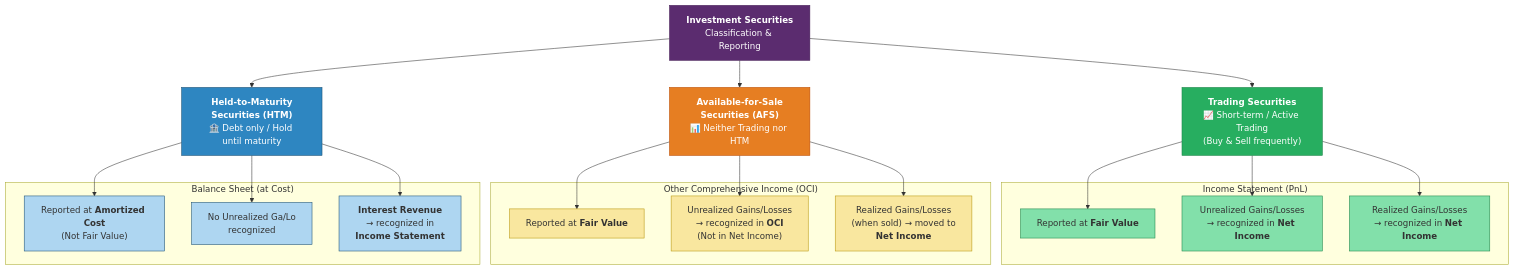
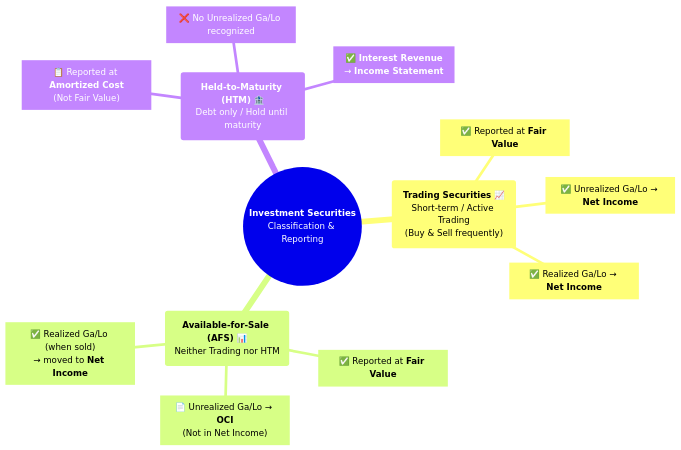
One commit to AhmedRefaat/MBA_2026 changed the second of 2 diagrams in Semester-1/Accounting for Managers Course/Lec-4.md. Above: the diagram before and after it, drawn with Mermaid.

Commit message:
update graph for Securities investments in Lec-4

````diff
--- a/Semester-1/Accounting for Managers Course/Lec-4.md
+++ b/Semester-1/Accounting for Managers Course/Lec-4.md
@@ -262,59 +262,16 @@
 ```mermaid
-graph TB
-    IS["<b>Investment Securities</b><br>Classification & Reporting"]
-
-    TS["<b>Trading Securities</b><br>📈 Short-term / Active Trading<br>(Buy & Sell frequently)"]
-    AFS["<b>Available-for-Sale<br>Securities (AFS)</b><br>📊 Neither Trading nor HTM"]
-    HTM["<b>Held-to-Maturity<br>Securities (HTM)</b><br>🏦 Debt only / Hold until maturity"]
-
-    IS --> TS
-    IS --> AFS
-    IS --> HTM
-
-    subgraph " Income Statement (PnL)"
-        TS1["Reported at <b>Fair Value</b>"]
-        TS2["Unrealized Gains/Losses<br>→ recognized in <b>Net Income</b>"]
-        TS3["Realized Gains/Losses<br>→ recognized in <b>Net Income</b>"]
-    end
-
-    subgraph " Other Comprehensive Income (OCI)"
-        AFS1["Reported at <b>Fair Value</b>"]
-        AFS2["Unrealized Gains/Losses<br>→ recognized in <b>OCI</b><br>(Not in Net Income)"]
-        AFS3["Realized Gains/Losses<br>(when sold) → moved to<br><b>Net Income</b>"]
-    end
-
-    subgraph " Balance Sheet (at Cost)"
-        HTM1["Reported at <b>Amortized Cost</b><br>(Not Fair Value)"]
-        HTM2["No Unrealized Ga/Lo<br>recognized"]
-        HTM3["<b>Interest Revenue</b><br>→ recognized in<br><b>Income Statement</b>"]
-    end
-
-    TS --> TS1
-    TS --> TS2
-    TS --> TS3
-
-    AFS --> AFS1
-    AFS --> AFS2
-    AFS --> AFS3
-
-    HTM --> HTM1
-    HTM --> HTM2
-    HTM --> HTM3
-
-    style IS fill:#5B2C6F,stroke:#4A235A,color:#fff
-    style TS fill:#27AE60,stroke:#1E8449,color:#fff
-    style AFS fill:#E67E22,stroke:#BA4A00,color:#fff
-    style HTM fill:#2E86C1,stroke:#1B4F72,color:#fff
-
-    style TS1 fill:#82E0AA,stroke:#1E8449,color:#333
-    style TS2 fill:#82E0AA,stroke:#1E8449,color:#333
-    style TS3 fill:#82E0AA,stroke:#1E8449,color:#333
-
-    style AFS1 fill:#F9E79F,stroke:#B7950B,color:#333
-    style AFS2 fill:#F9E79F,stroke:#B7950B,color:#333
-    style AFS3 fill:#F9E79F,stroke:#B7950B,color:#333
-
-    style HTM1 fill:#AED6F1,stroke:#1B4F72,color:#333
-    style HTM2 fill:#AED6F1,stroke:#1B4F72,color:#333
-    style HTM3 fill:#AED6F1,stroke:#1B4F72,color:#333
+mindmap
+  root(("**Investment Securities**<br/>Classification & Reporting"))
+    ("**Trading Securities** 📈<br/>Short-term / Active Trading<br/>(Buy & Sell frequently)")
+      ["✅ Reported at **Fair Value**"]
+      ["✅ Unrealized Ga/Lo → **Net Income**"]
+      ["✅ Realized Ga/Lo → **Net Income**"]
+    ("**Available-for-Sale (AFS)** 📊<br/>Neither Trading nor HTM")
+      ["✅ Reported at **Fair Value**"]
+      ["📄 Unrealized Ga/Lo → **OCI**<br/>(Not in Net Income)"]
+      ["✅ Realized Ga/Lo (when sold)<br/>→ moved to **Net Income**"]
+    ("**Held-to-Maturity (HTM)** 🏦<br/>Debt only / Hold until maturity")
+      ["📋 Reported at **Amortized Cost**<br/>(Not Fair Value)"]
+      ["❌ No Unrealized Ga/Lo recognized"]
+      ["✅ **Interest Revenue**<br/>→ **Income Statement**"]
 ```
````
